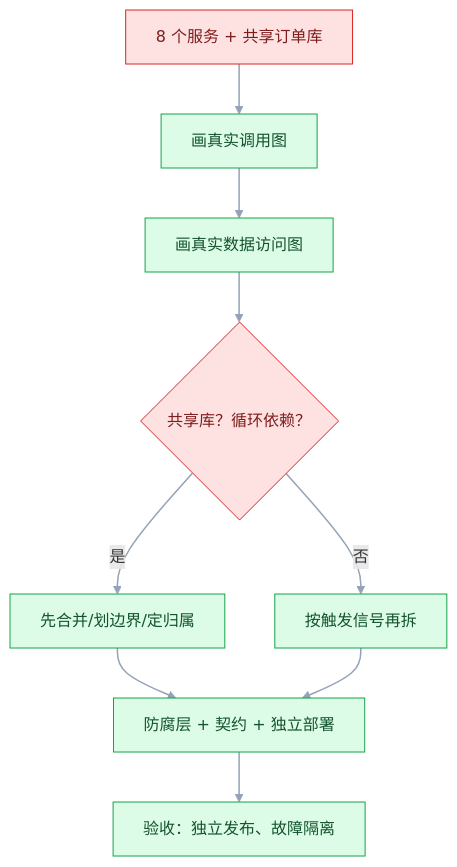
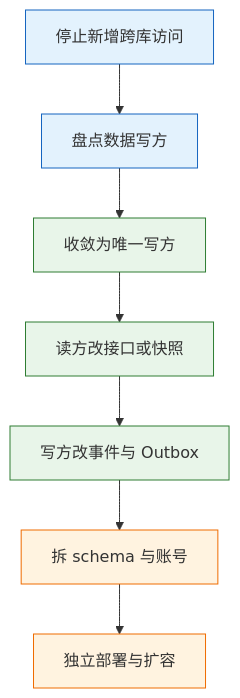
Before and after one commit to jimbosuper/studynotes: the third of 3 diagrams in blog/src/notes/03-架构/02-领域与边界/02-服务拆分与数据归属.md, drawn with Mermaid. The commit also changed other lines of this file and 367 other files, not shown here.

````diff
--- a/blog/src/notes/03-架构/02-领域与边界/02-服务拆分与数据归属.md
+++ b/blog/src/notes/03-架构/02-领域与边界/02-服务拆分与数据归属.md
@@ -19,15 +439,15 @@
 ```mermaid
 flowchart TD
-    classDef bad fill:#FEE2E2,stroke:#DC2626,color:#7F1D1D
-    classDef ok fill:#DCFCE7,stroke:#16A34A,color:#14532D
-
-    A["8 个服务 + 共享订单库"]:::bad --> B["画真实调用图"]:::ok
-    B --> C["画真实数据访问图"]:::ok
-    C --> D{"共享库？循环依赖？"}:::bad
-    D -->|"是"| E["先合并/划边界/定归属"]:::ok
-    D -->|"否"| F["按触发信号再拆"]:::ok
-    E --> G["防腐层 + 契约 + 独立部署"]:::ok
-    F --> G
-    G --> H["验收：独立发布、故障隔离"]:::ok
-    linkStyle default stroke:#94A3B8,stroke-width:1.5px
+    A["停止新增跨库访问"] --> B["盘点数据写方"]
+    B --> C["收敛为唯一写方"]
+    C --> D["读方改接口或快照"]
+    D --> E["写方改事件与 Outbox"]
+    E --> F["拆 schema 与账号"]
+    F --> G["独立部署与扩容"]
+    classDef client fill:#e3f2fd,stroke:#1565c0;
+    classDef engine fill:#e8f5e9,stroke:#2e7d32;
+    classDef image fill:#fff3e0,stroke:#ef6c00;
+    class A,B client
+    class C,D,E engine
+    class F,G image
 ```
````
